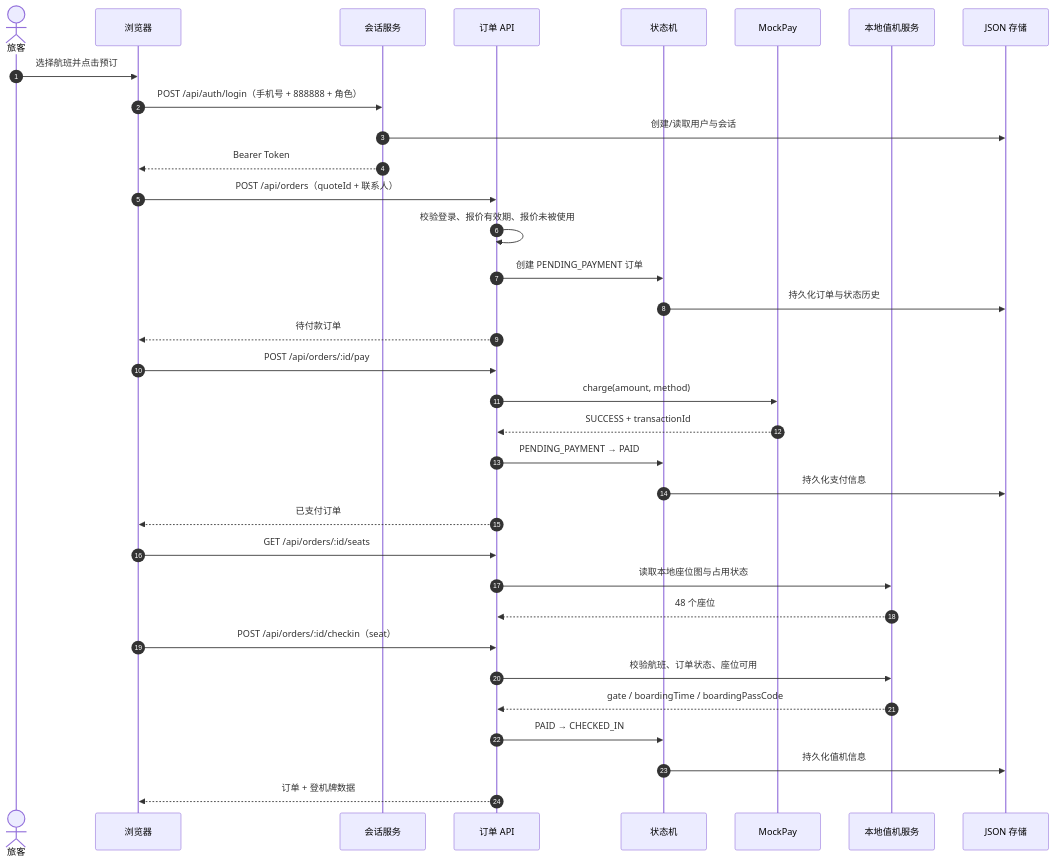
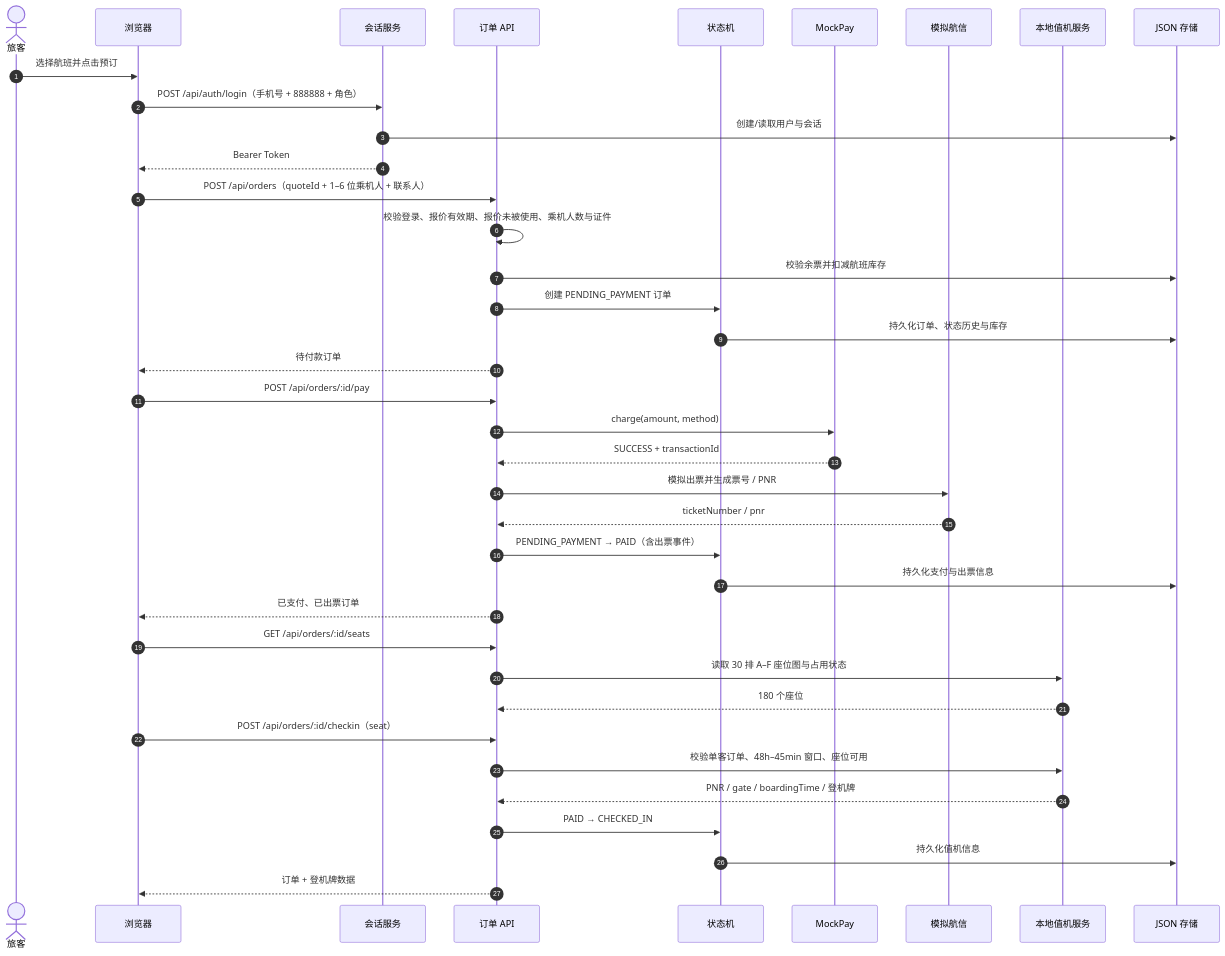
The fourth of 6 diagrams in docs/design.md (lonelyhty/hebut-xiecheng-se24), drawn with Mermaid before and after one commit. The commit also changed other lines of this file and 24 other files, not shown here.

````diff
--- a/docs/design.md
+++ b/docs/design.md
@@ -149,37 +154,41 @@
 ```mermaid
 sequenceDiagram
   autonumber
   actor Traveler as 旅客
   participant Web as 浏览器
   participant Auth as 会话服务
   participant API as 订单 API
   participant Orders as 状态机
   participant Pay as MockPay
+  participant Airline as 模拟航信
   participant DCS as 本地值机服务
   participant Store as JSON 存储
 
   Traveler->>Web: 选择航班并点击预订
   Web->>Auth: POST /api/auth/login（手机号 + 888888 + 角色）
   Auth->>Store: 创建/读取用户与会话
   Auth-->>Web: Bearer Token
-  Web->>API: POST /api/orders（quoteId + 联系人）
-  API->>API: 校验登录、报价有效期、报价未被使用
+  Web->>API: POST /api/orders（quoteId + 1–6 位乘机人 + 联系人）
+  API->>API: 校验登录、报价有效期、报价未被使用、乘机人数与证件
+  API->>Store: 校验余票并扣减航班库存
   API->>Orders: 创建 PENDING_PAYMENT 订单
-  Orders->>Store: 持久化订单与状态历史
+  Orders->>Store: 持久化订单、状态历史与库存
   API-->>Web: 待付款订单
   Web->>API: POST /api/orders/:id/pay
   API->>Pay: charge(amount, method)
   Pay-->>API: SUCCESS + transactionId
-  API->>Orders: PENDING_PAYMENT → PAID
-  Orders->>Store: 持久化支付信息
-  API-->>Web: 已支付订单
+  API->>Airline: 模拟出票并生成票号 / PNR
+  Airline-->>API: ticketNumber / pnr
+  API->>Orders: PENDING_PAYMENT → PAID（含出票事件）
+  Orders->>Store: 持久化支付与出票信息
+  API-->>Web: 已支付、已出票订单
   Web->>API: GET /api/orders/:id/seats
-  API->>DCS: 读取本地座位图与占用状态
-  DCS-->>API: 48 个座位
+  API->>DCS: 读取 30 排 A–F 座位图与占用状态
+  DCS-->>API: 180 个座位
   Web->>API: POST /api/orders/:id/checkin（seat）
-  API->>DCS: 校验航班、订单状态、座位可用
-  DCS-->>API: gate / boardingTime / boardingPassCode
+  API->>DCS: 校验单客订单、48h–45min 窗口、座位可用
+  DCS-->>API: PNR / gate / boardingTime / 登机牌
   API->>Orders: PAID → CHECKED_IN
   Orders->>Store: 持久化值机信息
   API-->>Web: 订单 + 登机牌数据
 ```
````
